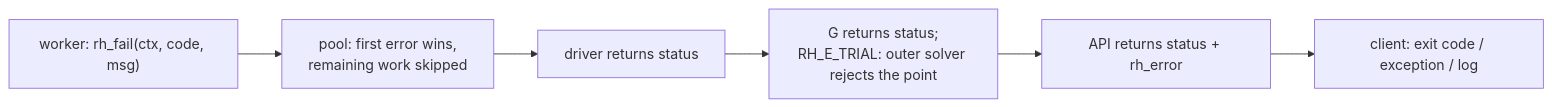
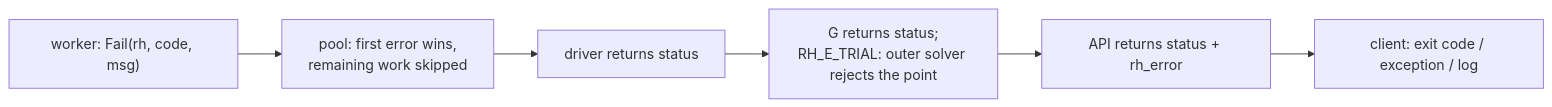
The fourth of 5 diagrams in docs/LIBRARY.md (dwijn/RH), drawn with Mermaid before and after one commit. The commit also changed other lines of this file and 2 other files, not shown here.

````diff
--- a/docs/LIBRARY.md
+++ b/docs/LIBRARY.md
@@ -340,8 +340,8 @@
 ```mermaid
 flowchart LR
-  W["worker: rh_fail(ctx, code, msg)"] --> P["pool: first error wins,\nremaining work skipped"]
+  W["worker: Fail(rh, code, msg)"] --> P["pool: first error wins,\nremaining work skipped"]
   P --> D["driver returns status"]
   D --> G["G returns status;\nRH_E_TRIAL: outer solver rejects the point"]
   G --> A["API returns status + rh_error"]
   A --> C["client: exit code / exception / log"]
 ```
````
